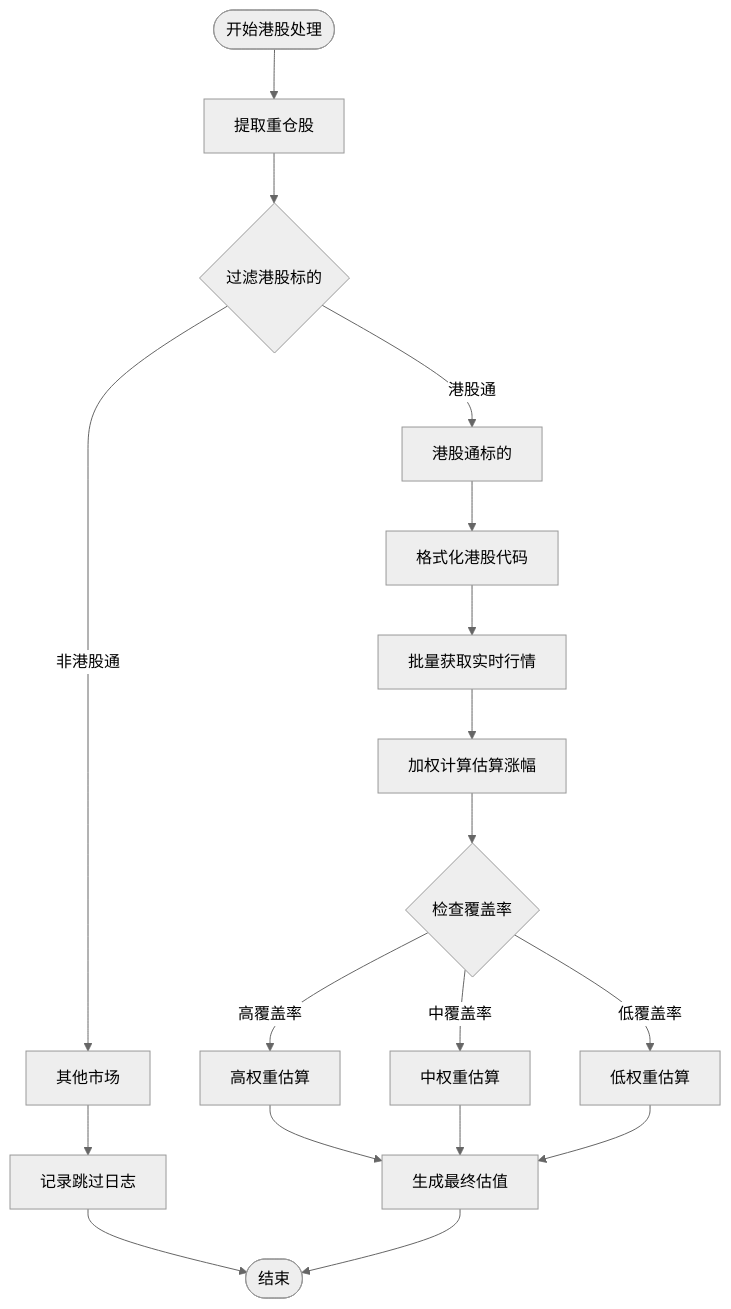
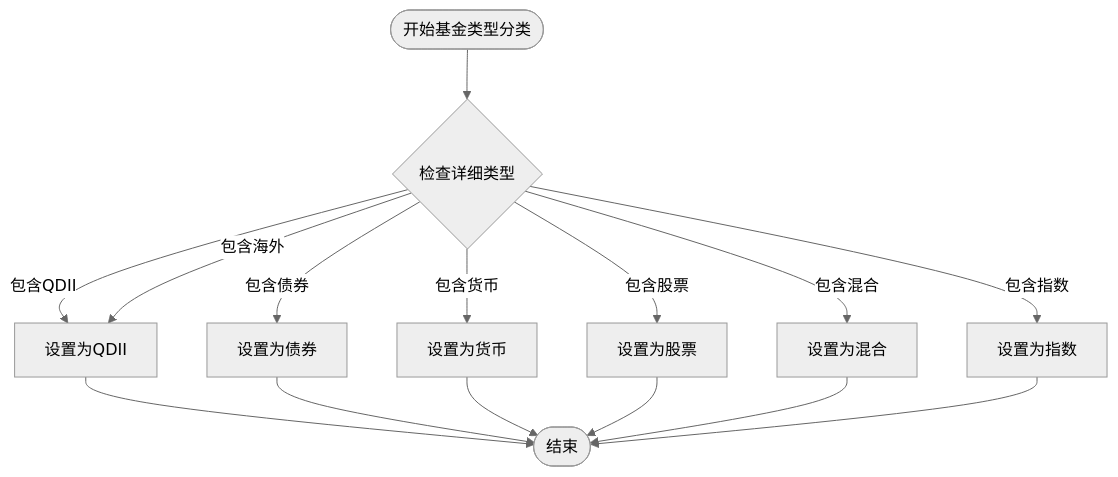
Before and after one commit to gree-coder/fund-butler: the sixth of 23 diagrams in .qoder/repowiki/zh/content/核心功能开发/多源基金估值系统.md, drawn with Mermaid (neutral theme). The commit also changed other lines of this file and 21 other files, not shown here.

````diff
--- a/.qoder/repowiki/zh/content/核心功能开发/多源基金估值系统.md
+++ b/.qoder/repowiki/zh/content/核心功能开发/多源基金估值系统.md
@@ -369,20 +351,17 @@
 ```mermaid
 flowchart TD
-Start([开始港股处理]) --> ExtractHoldings[提取重仓股]
-ExtractHoldings --> FilterHoldings{过滤港股标的}
-FilterHoldings --> |港股通| HKStocks[港股通标的]
-FilterHoldings --> |非港股通| OtherMarkets[其他市场]
-HKStocks --> FormatCode[格式化港股代码]
-FormatCode --> BatchRequest[批量获取实时行情]
-BatchRequest --> WeightCalc[加权计算估算涨幅]
-WeightCalc --> CoverageCheck{检查覆盖率}
-CoverageCheck --> |高覆盖率| HighWeight[高权重估算]
-CoverageCheck --> |中覆盖率| MediumWeight[中权重估算]
-CoverageCheck --> |低覆盖率| LowWeight[低权重估算]
-HighWeight --> FinalEstimate[生成最终估值]
-MediumWeight --> FinalEstimate
-LowWeight --> FinalEstimate
-OtherMarkets --> LogSkip[记录跳过日志]
-LogSkip --> End([结束])
-FinalEstimate --> End
+Start([开始基金类型分类]) --> CheckDetail{检查详细类型}
+CheckDetail --> |包含QDII| SetQDII[设置为QDII]
+CheckDetail --> |包含海外| SetQDII
+CheckDetail --> |包含债券| SetBond[设置为债券]
+CheckDetail --> |包含货币| SetMoney[设置为货币]
+CheckDetail --> |包含股票| SetStock[设置为股票]
+CheckDetail --> |包含混合| SetMixed[设置为混合]
+CheckDetail --> |包含指数| SetIndex[设置为指数]
+SetQDII --> End([结束])
+SetBond --> End
+SetMoney --> End
+SetStock --> End
+SetMixed --> End
+SetIndex --> End
 ```
````
